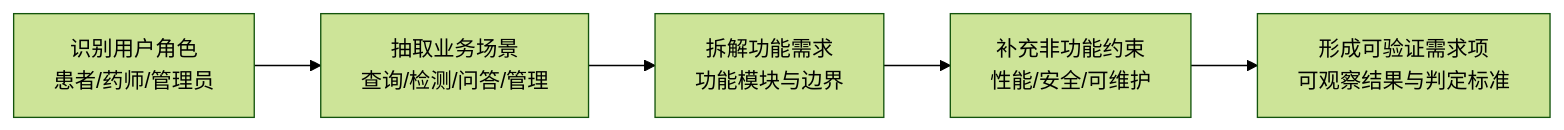
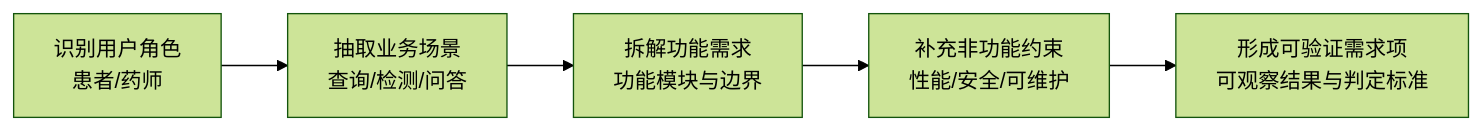
One commit to 2026617199/monorepo-zjn changed the second of 5 diagrams in 赵景南-设计类模板.md. Above: the diagram before and after it, drawn with Mermaid (forest theme). The commit also changed other lines of this file, not shown here.

````diff
--- a/赵景南-设计类模板.md
+++ b/赵景南-设计类模板.md
@@ -276,7 +276,7 @@
 ```mermaid
 flowchart LR
-	A[识别用户角色\n患者/药师/管理员] --> B[抽取业务场景\n查询/检测/问答/管理]
+	A[识别用户角色\n患者/药师] --> B[抽取业务场景\n查询/检测/问答]
 	B --> C[拆解功能需求\n功能模块与边界]
 	C --> D[补充非功能约束\n性能/安全/可维护]
 	D --> E[形成可验证需求项\n可观察结果与判定标准]
 ```
````
